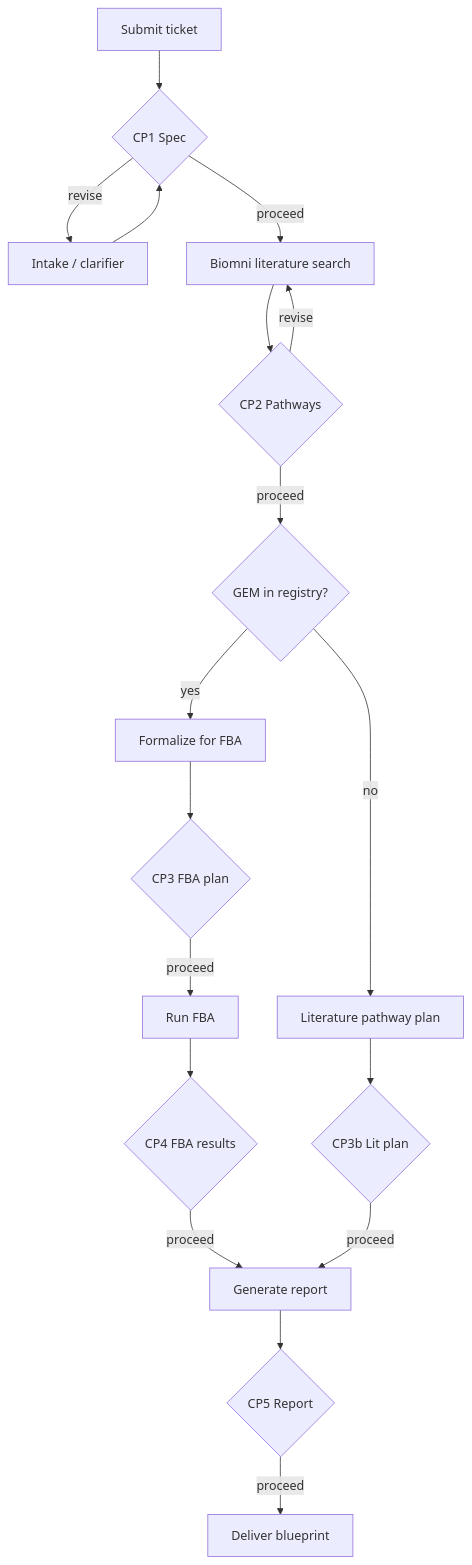
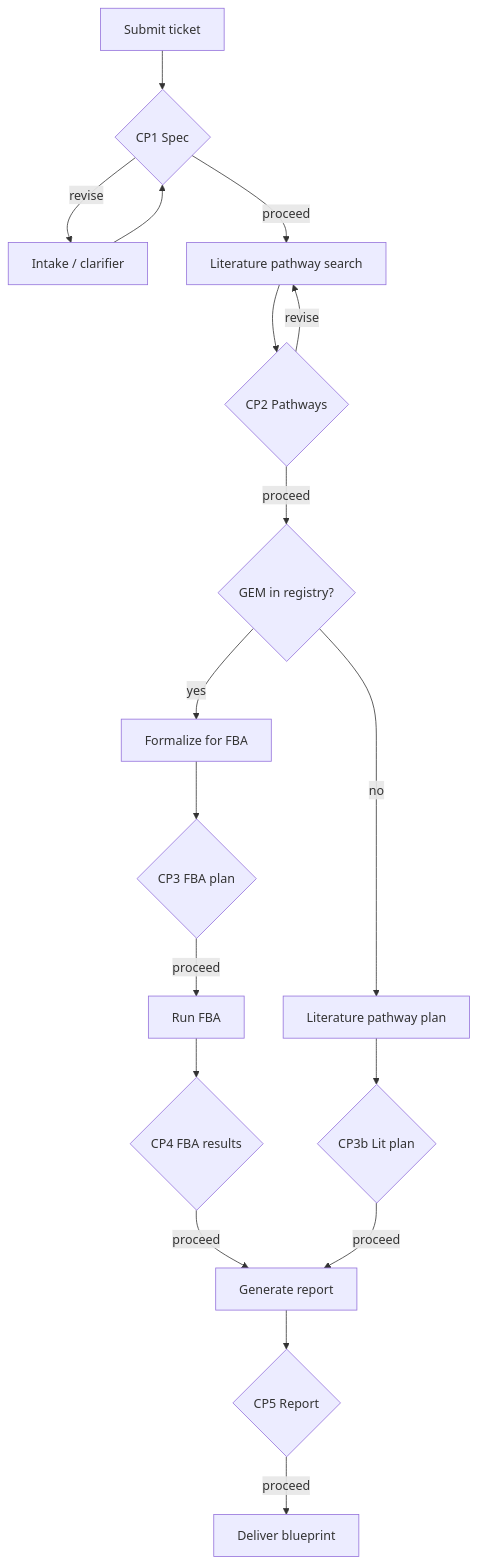
The second of 2 diagrams in README.md (maksbd19/mindbrew), drawn with Mermaid before and after one commit. The commit also changed other lines of this file and 32 other files, not shown here.

````diff
--- a/README.md
+++ b/README.md
@@ -140,20 +140,20 @@
 ```mermaid
 flowchart TD
     ticket[Submit ticket] --> cp1{CP1 Spec}
     cp1 -->|revise| intake[Intake / clarifier]
     intake --> cp1
-    cp1 -->|proceed| lit[Biomni literature search]
+    cp1 -->|proceed| lit[Literature pathway search]
     lit --> cp2{CP2 Pathways}
     cp2 -->|revise| lit
     cp2 -->|proceed| branch{GEM in registry?}
     branch -->|yes| formal[Formalize for FBA]
     branch -->|no| litplan[Literature pathway plan]
     formal --> cp3{CP3 FBA plan}
     cp3 -->|proceed| fba[Run FBA]
     fba --> cp4{CP4 FBA results}
     cp4 -->|proceed| report[Generate report]
     litplan --> cp3b{CP3b Lit plan}
     cp3b -->|proceed| report
     report --> cp5{CP5 Report}
     cp5 -->|proceed| done[Deliver blueprint]
 ```
````
